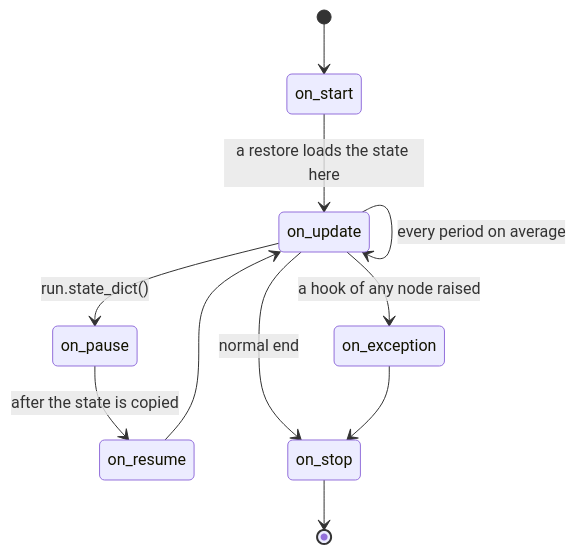
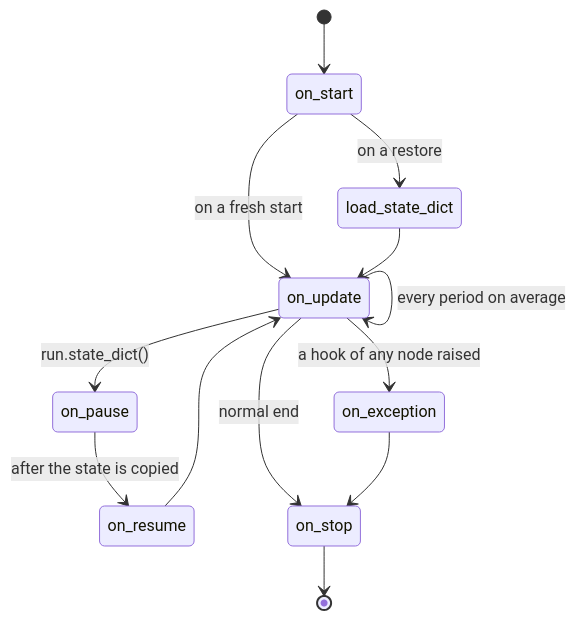
One commit to Geson-anko/mujou changed the second of 5 diagrams in docs/en/concepts.md. Above: the diagram before and after it, drawn with Mermaid. The commit also changed other lines of this file and 49 other files, not shown here.

````diff
--- a/docs/en/concepts.md
+++ b/docs/en/concepts.md
@@ -75,13 +43,15 @@
 ```mermaid
 stateDiagram-v2
     [*] --> on_start
-    on_start --> on_update : a restore loads the state here
+    on_start --> load_state_dict : on a restore
+    on_start --> on_update : on a fresh start
+    load_state_dict --> on_update
     on_update --> on_update : every period on average
     on_update --> on_pause : run.state_dict()
     on_pause --> on_resume : after the state is copied
     on_resume --> on_update
     on_update --> on_stop : normal end
     on_update --> on_exception : a hook of any node raised
     on_exception --> on_stop
     on_stop --> [*]
 ```
````
